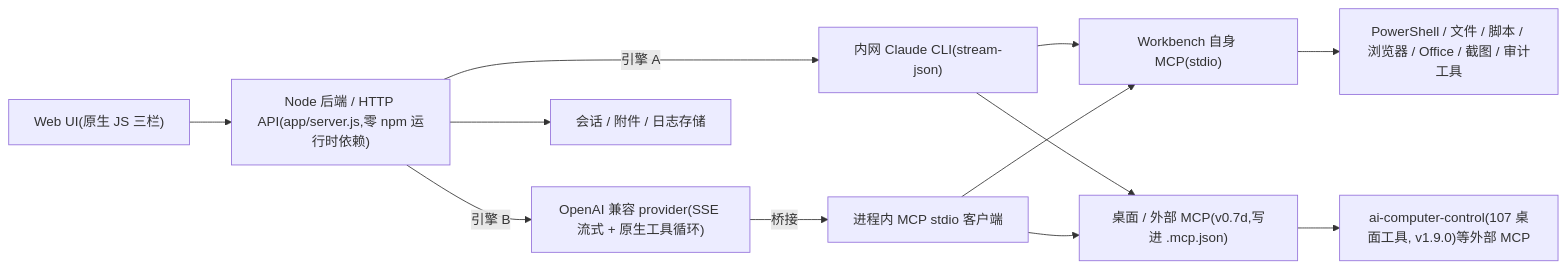
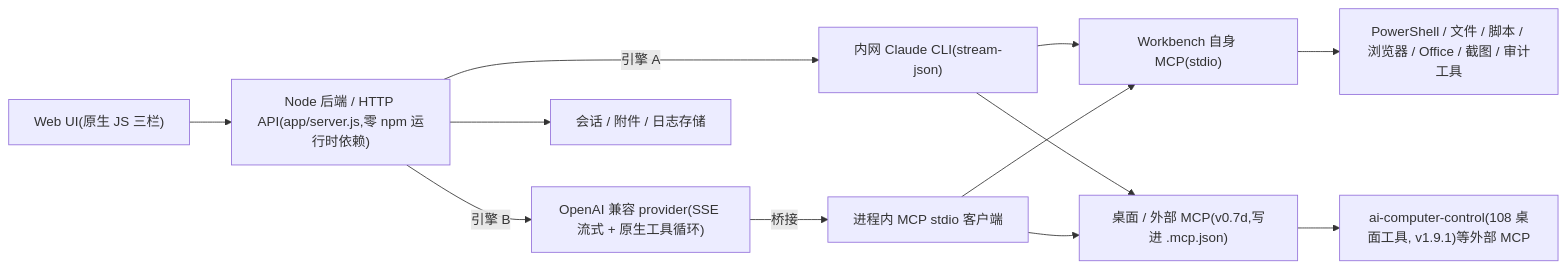
Before and after one commit to wangzhe04/ruyi-workbench-oss: the diagram in ruyi-workbench/docs/ARCHITECTURE_CN.md, drawn with Mermaid. The commit also changed other lines of this file and 35 other files, not shown here.

````diff
--- a/ruyi-workbench/docs/ARCHITECTURE_CN.md
+++ b/ruyi-workbench/docs/ARCHITECTURE_CN.md
@@ -9,14 +9,14 @@
 ```mermaid
 flowchart LR
   UI["Web UI(原生 JS 三栏)"] --> API["Node 后端 / HTTP API(app/server.js,零 npm 运行时依赖)"]
   API -->|引擎 A| CLI["内网 Claude CLI(stream-json)"]
   API -->|引擎 B| PROV["OpenAI 兼容 provider(SSE 流式 + 原生工具循环)"]
   API --> FS["会话 / 附件 / 日志存储"]
   CLI --> MCPself["Workbench 自身 MCP(stdio)"]
   CLI --> MCPext["桌面 / 外部 MCP(v0.7d,写进 .mcp.json)"]
   PROV -->|桥接| BRIDGE["进程内 MCP stdio 客户端"]
   BRIDGE --> MCPself
   BRIDGE --> MCPext
   MCPself --> Tools["PowerShell / 文件 / 脚本 / 浏览器 / Office / 截图 / 审计工具"]
-  MCPext --> ACC["ai-computer-control(107 桌面工具, v1.9.0)等外部 MCP"]
+  MCPext --> ACC["ai-computer-control(108 桌面工具, v1.9.1)等外部 MCP"]
 ```
````
